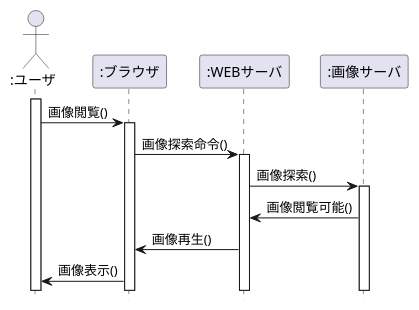
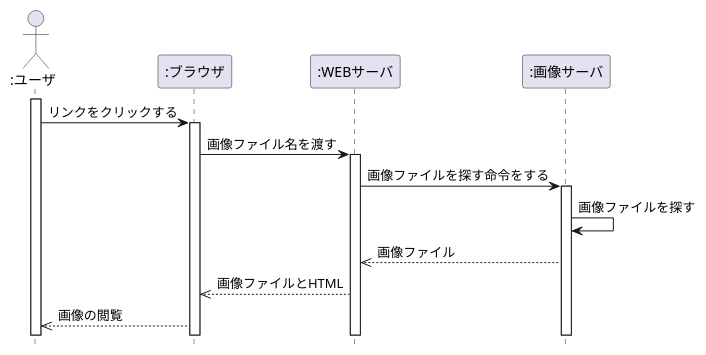
The diagram in 演習4-6_SD_Web画像検索.pu (kenkensan/uml-introduction), drawn with PlantUML before and after one commit.

Commit message:
修正

```diff
--- a/演習4-6_SD_Web画像検索.pu
+++ b/演習4-6_SD_Web画像検索.pu
@@ -1,18 +1,19 @@
 @startuml 演習4-6
 hide footbox
 actor ":ユーザ" as actor
 participant ":ブラウザ" as boundary
 participant ":WEBサーバ" as control
 participant ":画像サーバ" as entity
 activate actor
-actor -> boundary :画像閲覧()
+actor -> boundary :リンクをクリックする
 activate boundary
-boundary -> control :画像探索命令()
+boundary -> control :画像ファイル名を渡す
 activate control
-control -> entity :画像探索()
+control -> entity :画像ファイルを探す命令をする
 activate entity
-control <- entity :画像閲覧可能()
-boundary <- control :画像再生()
-actor <- boundary :画像表示()
+entity -> entity :画像ファイルを探す
+control <<-- entity :画像ファイル
+boundary <<-- control :画像ファイルとHTML
+actor <<-- boundary :画像の閲覧
 
 @enduml
```
